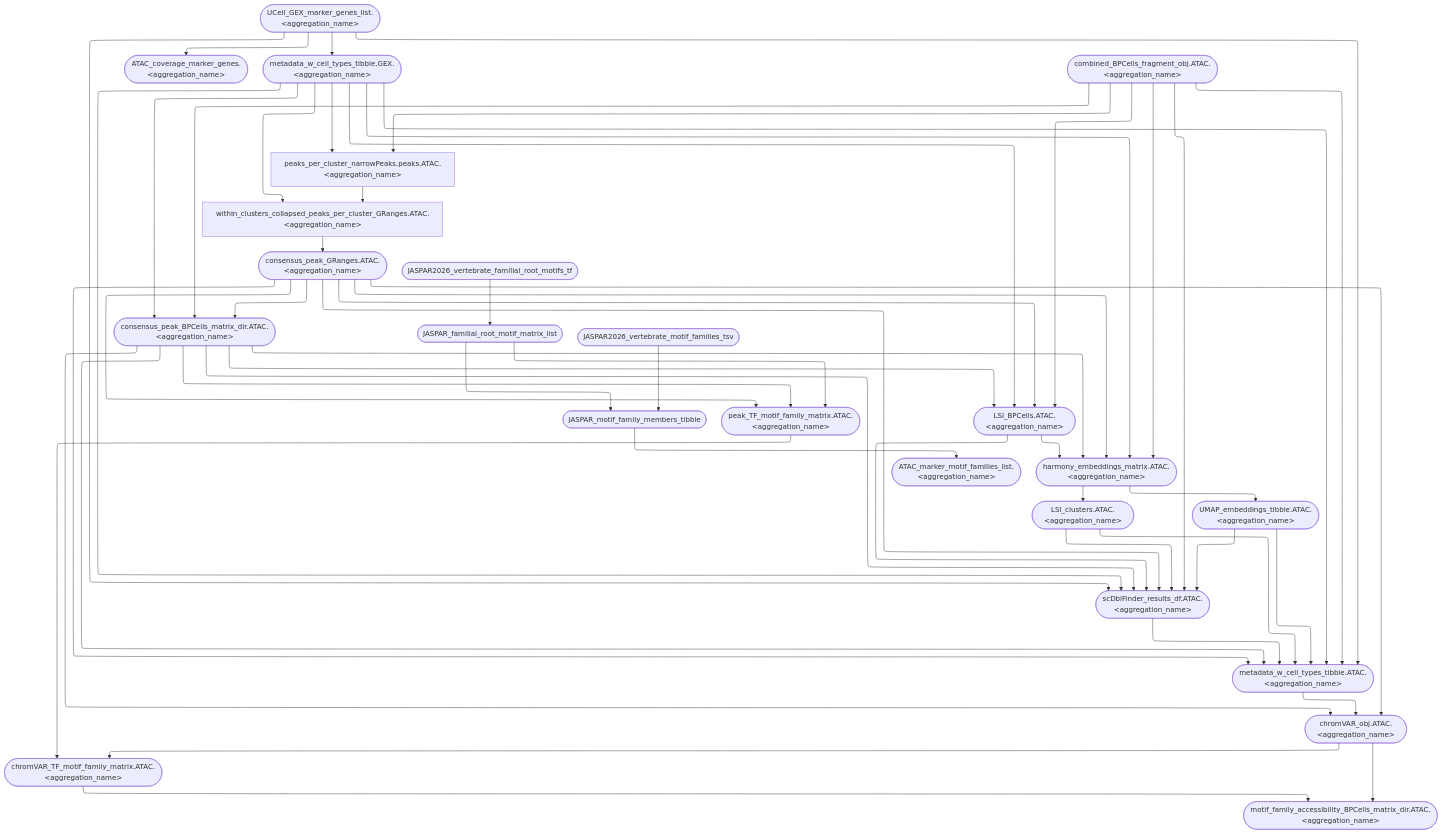
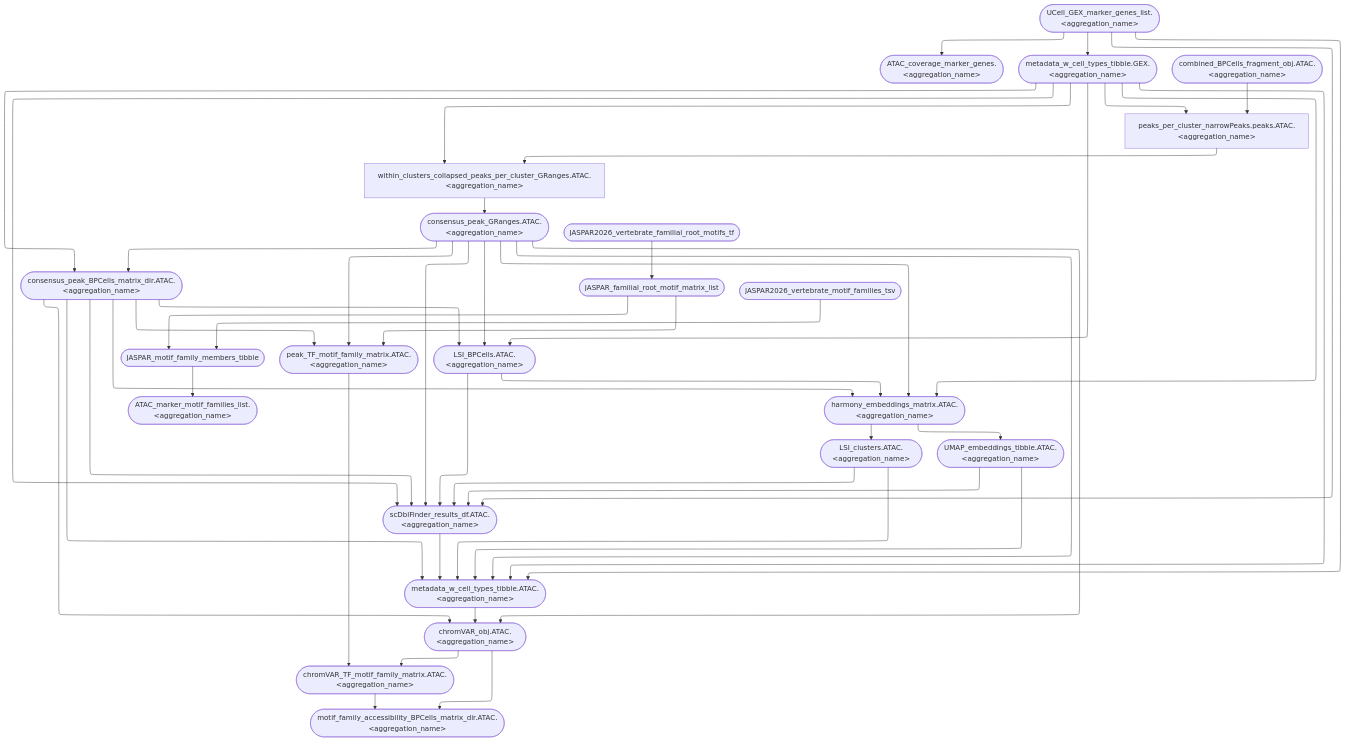
Before and after one commit to koefoeden/multiomeR: the diagram in website/figures/human_curated/ATAC_v2.mmd, drawn with Mermaid. The commit also changed 116 other files, not shown here.

First line of the commit message:
Refresh the manual's demo outputs, gallery and graphs after the methods fixes

```diff
--- a/website/figures/human_curated/ATAC_v2.mmd
+++ b/website/figures/human_curated/ATAC_v2.mmd
@@ -4,11 +4,9 @@
   JASPAR_motif_family_members_tibble(["JASPAR_motif_family_members_tibble"]):::none --> ATAC_marker_motif_families_list.ENCODE_heart_LV_6x(["ATAC_marker_motif_families_list.&lt;aggregation_name&gt;"]):::none
   consensus_peak_GRanges.ATAC.ENCODE_heart_LV_6x(["consensus_peak_GRanges.ATAC.&lt;aggregation_name&gt;"]):::none --> chromVAR_obj.ATAC.ENCODE_heart_LV_6x(["chromVAR_obj.ATAC.&lt;aggregation_name&gt;"]):::none
   metadata_w_cell_types_tibble.ATAC.ENCODE_heart_LV_6x(["metadata_w_cell_types_tibble.ATAC.&lt;aggregation_name&gt;"]):::none --> chromVAR_obj.ATAC.ENCODE_heart_LV_6x(["chromVAR_obj.ATAC.&lt;aggregation_name&gt;"]):::none
+  chromVAR_obj.ATAC.ENCODE_heart_LV_6x(["chromVAR_obj.ATAC.&lt;aggregation_name&gt;"]):::none --> chromVAR_TF_motif_family_matrix.ATAC.ENCODE_heart_LV_6x(["chromVAR_TF_motif_family_matrix.ATAC.&lt;aggregation_name&gt;"]):::none
   peak_TF_motif_family_matrix.ATAC.ENCODE_heart_LV_6x(["peak_TF_motif_family_matrix.ATAC.&lt;aggregation_name&gt;"]):::none --> chromVAR_TF_motif_family_matrix.ATAC.ENCODE_heart_LV_6x(["chromVAR_TF_motif_family_matrix.ATAC.&lt;aggregation_name&gt;"]):::none
-  chromVAR_obj.ATAC.ENCODE_heart_LV_6x(["chromVAR_obj.ATAC.&lt;aggregation_name&gt;"]):::none --> chromVAR_TF_motif_family_matrix.ATAC.ENCODE_heart_LV_6x(["chromVAR_TF_motif_family_matrix.ATAC.&lt;aggregation_name&gt;"]):::none
   metadata_w_cell_types_tibble.GEX.ENCODE_heart_LV_6x(["metadata_w_cell_types_tibble.GEX.&lt;aggregation_name&gt;"]):::none --> consensus_peak_BPCells_matrix_dir.ATAC.ENCODE_heart_LV_6x(["consensus_peak_BPCells_matrix_dir.ATAC.&lt;aggregation_name&gt;"]):::none
-  consensus_peak_GRanges.ATAC.ENCODE_heart_LV_6x(["consensus_peak_GRanges.ATAC.&lt;aggregation_name&gt;"]):::none --> consensus_peak_BPCells_matrix_dir.ATAC.ENCODE_heart_LV_6x(["consensus_peak_BPCells_matrix_dir.ATAC.&lt;aggregation_name&gt;"]):::none
-  combined_BPCells_fragment_obj.ATAC.ENCODE_heart_LV_6x(["combined_BPCells_fragment_obj.ATAC.&lt;aggregation_name&gt;"]):::none --> consensus_peak_BPCells_matrix_dir.ATAC.ENCODE_heart_LV_6x(["consensus_peak_BPCells_matrix_dir.ATAC.&lt;aggregation_name&gt;"]):::none
   within_clusters_collapsed_peaks_per_cluster_GRanges.ATAC.ENCODE_heart_LV_6x["within_clusters_collapsed_peaks_per_cluster_GRanges.ATAC.&lt;aggregation_name&gt;"]:::none --> consensus_peak_GRanges.ATAC.ENCODE_heart_LV_6x(["consensus_peak_GRanges.ATAC.&lt;aggregation_name&gt;"]):::none
   LSI_BPCells.ATAC.ENCODE_heart_LV_6x(["LSI_BPCells.ATAC.&lt;aggregation_name&gt;"]):::none --> harmony_embeddings_matrix.ATAC.ENCODE_heart_LV_6x(["harmony_embeddings_matrix.ATAC.&lt;aggregation_name&gt;"]):::none
   JASPAR2026_vertebrate_familial_root_motifs_tf(["JASPAR2026_vertebrate_familial_root_motifs_tf"]):::none --> JASPAR_familial_root_motif_matrix_list(["JASPAR_familial_root_motif_matrix_list"]):::none
@@ -16,38 +14,35 @@
   JASPAR_familial_root_motif_matrix_list(["JASPAR_familial_root_motif_matrix_list"]):::none --> JASPAR_motif_family_members_tibble(["JASPAR_motif_family_members_tibble"]):::none
   harmony_embeddings_matrix.ATAC.ENCODE_heart_LV_6x(["harmony_embeddings_matrix.ATAC.&lt;aggregation_name&gt;"]):::none --> LSI_clusters.ATAC.ENCODE_heart_LV_6x(["LSI_clusters.ATAC.&lt;aggregation_name&gt;"]):::none
   scDblFinder_results_df.ATAC.ENCODE_heart_LV_6x(["scDblFinder_results_df.ATAC.&lt;aggregation_name&gt;"]):::none --> metadata_w_cell_types_tibble.ATAC.ENCODE_heart_LV_6x(["metadata_w_cell_types_tibble.ATAC.&lt;aggregation_name&gt;"]):::none
+  JASPAR_familial_root_motif_matrix_list(["JASPAR_familial_root_motif_matrix_list"]):::none --> peak_TF_motif_family_matrix.ATAC.ENCODE_heart_LV_6x(["peak_TF_motif_family_matrix.ATAC.&lt;aggregation_name&gt;"]):::none
   consensus_peak_GRanges.ATAC.ENCODE_heart_LV_6x(["consensus_peak_GRanges.ATAC.&lt;aggregation_name&gt;"]):::none --> peak_TF_motif_family_matrix.ATAC.ENCODE_heart_LV_6x(["peak_TF_motif_family_matrix.ATAC.&lt;aggregation_name&gt;"]):::none
-  JASPAR_familial_root_motif_matrix_list(["JASPAR_familial_root_motif_matrix_list"]):::none --> peak_TF_motif_family_matrix.ATAC.ENCODE_heart_LV_6x(["peak_TF_motif_family_matrix.ATAC.&lt;aggregation_name&gt;"]):::none
-  combined_BPCells_fragment_obj.ATAC.ENCODE_heart_LV_6x(["combined_BPCells_fragment_obj.ATAC.&lt;aggregation_name&gt;"]):::none --> peaks_per_cluster_narrowPeaks.peaks.ATAC.ENCODE_heart_LV_6x["peaks_per_cluster_narrowPeaks.peaks.ATAC.&lt;aggregation_name&gt;"]:::none
   harmony_embeddings_matrix.ATAC.ENCODE_heart_LV_6x(["harmony_embeddings_matrix.ATAC.&lt;aggregation_name&gt;"]):::none --> UMAP_embeddings_tibble.ATAC.ENCODE_heart_LV_6x(["UMAP_embeddings_tibble.ATAC.&lt;aggregation_name&gt;"]):::none
+  peaks_per_cluster_narrowPeaks.peaks.ATAC.ENCODE_heart_LV_6x["peaks_per_cluster_narrowPeaks.peaks.ATAC.&lt;aggregation_name&gt;"]:::none --> within_clusters_collapsed_peaks_per_cluster_GRanges.ATAC.ENCODE_heart_LV_6x["within_clusters_collapsed_peaks_per_cluster_GRanges.ATAC.&lt;aggregation_name&gt;"]:::none
   metadata_w_cell_types_tibble.GEX.ENCODE_heart_LV_6x(["metadata_w_cell_types_tibble.GEX.&lt;aggregation_name&gt;"]):::none --> peaks_per_cluster_narrowPeaks.peaks.ATAC.ENCODE_heart_LV_6x["peaks_per_cluster_narrowPeaks.peaks.ATAC.&lt;aggregation_name&gt;"]:::none
+  metadata_w_cell_types_tibble.GEX.ENCODE_heart_LV_6x(["metadata_w_cell_types_tibble.GEX.&lt;aggregation_name&gt;"]):::none --> within_clusters_collapsed_peaks_per_cluster_GRanges.ATAC.ENCODE_heart_LV_6x["within_clusters_collapsed_peaks_per_cluster_GRanges.ATAC.&lt;aggregation_name&gt;"]:::none
+  metadata_w_cell_types_tibble.GEX.ENCODE_heart_LV_6x(["metadata_w_cell_types_tibble.GEX.&lt;aggregation_name&gt;"]):::none --> harmony_embeddings_matrix.ATAC.ENCODE_heart_LV_6x(["harmony_embeddings_matrix.ATAC.&lt;aggregation_name&gt;"]):::none
+  metadata_w_cell_types_tibble.GEX.ENCODE_heart_LV_6x(["metadata_w_cell_types_tibble.GEX.&lt;aggregation_name&gt;"]):::none --> LSI_BPCells.ATAC.ENCODE_heart_LV_6x(["LSI_BPCells.ATAC.&lt;aggregation_name&gt;"]):::none
+  metadata_w_cell_types_tibble.GEX.ENCODE_heart_LV_6x(["metadata_w_cell_types_tibble.GEX.&lt;aggregation_name&gt;"]):::none --> metadata_w_cell_types_tibble.ATAC.ENCODE_heart_LV_6x(["metadata_w_cell_types_tibble.ATAC.&lt;aggregation_name&gt;"]):::none
+  metadata_w_cell_types_tibble.GEX.ENCODE_heart_LV_6x(["metadata_w_cell_types_tibble.GEX.&lt;aggregation_name&gt;"]):::none --> scDblFinder_results_df.ATAC.ENCODE_heart_LV_6x(["scDblFinder_results_df.ATAC.&lt;aggregation_name&gt;"]):::none
   chromVAR_obj.ATAC.ENCODE_heart_LV_6x(["chromVAR_obj.ATAC.&lt;aggregation_name&gt;"]):::none --> motif_family_accessibility_BPCells_matrix_dir.ATAC.ENCODE_heart_LV_6x(["motif_family_accessibility_BPCells_matrix_dir.ATAC.&lt;aggregation_name&gt;"]):::none
   UCell_GEX_marker_genes_list.ENCODE_heart_LV_6x(["UCell_GEX_marker_genes_list.&lt;aggregation_name&gt;"]):::none --> metadata_w_cell_types_tibble.GEX.ENCODE_heart_LV_6x(["metadata_w_cell_types_tibble.GEX.&lt;aggregation_name&gt;"]):::none
+  LSI_clusters.ATAC.ENCODE_heart_LV_6x(["LSI_clusters.ATAC.&lt;aggregation_name&gt;"]):::none --> metadata_w_cell_types_tibble.ATAC.ENCODE_heart_LV_6x(["metadata_w_cell_types_tibble.ATAC.&lt;aggregation_name&gt;"]):::none
   UMAP_embeddings_tibble.ATAC.ENCODE_heart_LV_6x(["UMAP_embeddings_tibble.ATAC.&lt;aggregation_name&gt;"]):::none --> metadata_w_cell_types_tibble.ATAC.ENCODE_heart_LV_6x(["metadata_w_cell_types_tibble.ATAC.&lt;aggregation_name&gt;"]):::none
-  LSI_clusters.ATAC.ENCODE_heart_LV_6x(["LSI_clusters.ATAC.&lt;aggregation_name&gt;"]):::none --> metadata_w_cell_types_tibble.ATAC.ENCODE_heart_LV_6x(["metadata_w_cell_types_tibble.ATAC.&lt;aggregation_name&gt;"]):::none
   UCell_GEX_marker_genes_list.ENCODE_heart_LV_6x(["UCell_GEX_marker_genes_list.&lt;aggregation_name&gt;"]):::none --> metadata_w_cell_types_tibble.ATAC.ENCODE_heart_LV_6x(["metadata_w_cell_types_tibble.ATAC.&lt;aggregation_name&gt;"]):::none
-  metadata_w_cell_types_tibble.GEX.ENCODE_heart_LV_6x(["metadata_w_cell_types_tibble.GEX.&lt;aggregation_name&gt;"]):::none --> metadata_w_cell_types_tibble.ATAC.ENCODE_heart_LV_6x(["metadata_w_cell_types_tibble.ATAC.&lt;aggregation_name&gt;"]):::none
-  combined_BPCells_fragment_obj.ATAC.ENCODE_heart_LV_6x(["combined_BPCells_fragment_obj.ATAC.&lt;aggregation_name&gt;"]):::none --> metadata_w_cell_types_tibble.ATAC.ENCODE_heart_LV_6x(["metadata_w_cell_types_tibble.ATAC.&lt;aggregation_name&gt;"]):::none
   consensus_peak_GRanges.ATAC.ENCODE_heart_LV_6x(["consensus_peak_GRanges.ATAC.&lt;aggregation_name&gt;"]):::none --> metadata_w_cell_types_tibble.ATAC.ENCODE_heart_LV_6x(["metadata_w_cell_types_tibble.ATAC.&lt;aggregation_name&gt;"]):::none
   consensus_peak_BPCells_matrix_dir.ATAC.ENCODE_heart_LV_6x(["consensus_peak_BPCells_matrix_dir.ATAC.&lt;aggregation_name&gt;"]):::none --> metadata_w_cell_types_tibble.ATAC.ENCODE_heart_LV_6x(["metadata_w_cell_types_tibble.ATAC.&lt;aggregation_name&gt;"]):::none
+  LSI_clusters.ATAC.ENCODE_heart_LV_6x(["LSI_clusters.ATAC.&lt;aggregation_name&gt;"]):::none --> scDblFinder_results_df.ATAC.ENCODE_heart_LV_6x(["scDblFinder_results_df.ATAC.&lt;aggregation_name&gt;"]):::none
   UMAP_embeddings_tibble.ATAC.ENCODE_heart_LV_6x(["UMAP_embeddings_tibble.ATAC.&lt;aggregation_name&gt;"]):::none --> scDblFinder_results_df.ATAC.ENCODE_heart_LV_6x(["scDblFinder_results_df.ATAC.&lt;aggregation_name&gt;"]):::none
-  LSI_clusters.ATAC.ENCODE_heart_LV_6x(["LSI_clusters.ATAC.&lt;aggregation_name&gt;"]):::none --> scDblFinder_results_df.ATAC.ENCODE_heart_LV_6x(["scDblFinder_results_df.ATAC.&lt;aggregation_name&gt;"]):::none
   UCell_GEX_marker_genes_list.ENCODE_heart_LV_6x(["UCell_GEX_marker_genes_list.&lt;aggregation_name&gt;"]):::none --> scDblFinder_results_df.ATAC.ENCODE_heart_LV_6x(["scDblFinder_results_df.ATAC.&lt;aggregation_name&gt;"]):::none
-  metadata_w_cell_types_tibble.GEX.ENCODE_heart_LV_6x(["metadata_w_cell_types_tibble.GEX.&lt;aggregation_name&gt;"]):::none --> scDblFinder_results_df.ATAC.ENCODE_heart_LV_6x(["scDblFinder_results_df.ATAC.&lt;aggregation_name&gt;"]):::none
-  combined_BPCells_fragment_obj.ATAC.ENCODE_heart_LV_6x(["combined_BPCells_fragment_obj.ATAC.&lt;aggregation_name&gt;"]):::none --> scDblFinder_results_df.ATAC.ENCODE_heart_LV_6x(["scDblFinder_results_df.ATAC.&lt;aggregation_name&gt;"]):::none
   consensus_peak_GRanges.ATAC.ENCODE_heart_LV_6x(["consensus_peak_GRanges.ATAC.&lt;aggregation_name&gt;"]):::none --> scDblFinder_results_df.ATAC.ENCODE_heart_LV_6x(["scDblFinder_results_df.ATAC.&lt;aggregation_name&gt;"]):::none
   consensus_peak_BPCells_matrix_dir.ATAC.ENCODE_heart_LV_6x(["consensus_peak_BPCells_matrix_dir.ATAC.&lt;aggregation_name&gt;"]):::none --> scDblFinder_results_df.ATAC.ENCODE_heart_LV_6x(["scDblFinder_results_df.ATAC.&lt;aggregation_name&gt;"]):::none
+  consensus_peak_GRanges.ATAC.ENCODE_heart_LV_6x(["consensus_peak_GRanges.ATAC.&lt;aggregation_name&gt;"]):::none --> consensus_peak_BPCells_matrix_dir.ATAC.ENCODE_heart_LV_6x(["consensus_peak_BPCells_matrix_dir.ATAC.&lt;aggregation_name&gt;"]):::none
   consensus_peak_BPCells_matrix_dir.ATAC.ENCODE_heart_LV_6x(["consensus_peak_BPCells_matrix_dir.ATAC.&lt;aggregation_name&gt;"]):::none --> chromVAR_obj.ATAC.ENCODE_heart_LV_6x(["chromVAR_obj.ATAC.&lt;aggregation_name&gt;"]):::none
   consensus_peak_BPCells_matrix_dir.ATAC.ENCODE_heart_LV_6x(["consensus_peak_BPCells_matrix_dir.ATAC.&lt;aggregation_name&gt;"]):::none --> peak_TF_motif_family_matrix.ATAC.ENCODE_heart_LV_6x(["peak_TF_motif_family_matrix.ATAC.&lt;aggregation_name&gt;"]):::none
   consensus_peak_BPCells_matrix_dir.ATAC.ENCODE_heart_LV_6x(["consensus_peak_BPCells_matrix_dir.ATAC.&lt;aggregation_name&gt;"]):::none --> LSI_BPCells.ATAC.ENCODE_heart_LV_6x(["LSI_BPCells.ATAC.&lt;aggregation_name&gt;"]):::none
   consensus_peak_BPCells_matrix_dir.ATAC.ENCODE_heart_LV_6x(["consensus_peak_BPCells_matrix_dir.ATAC.&lt;aggregation_name&gt;"]):::none --> harmony_embeddings_matrix.ATAC.ENCODE_heart_LV_6x(["harmony_embeddings_matrix.ATAC.&lt;aggregation_name&gt;"]):::none
-  LSI_BPCells.ATAC.ENCODE_heart_LV_6x(["LSI_BPCells.ATAC.&lt;aggregation_name&gt;"]):::none --> scDblFinder_results_df.ATAC.ENCODE_heart_LV_6x(["scDblFinder_results_df.ATAC.&lt;aggregation_name&gt;"]):::none
-  metadata_w_cell_types_tibble.GEX.ENCODE_heart_LV_6x(["metadata_w_cell_types_tibble.GEX.&lt;aggregation_name&gt;"]):::none --> harmony_embeddings_matrix.ATAC.ENCODE_heart_LV_6x(["harmony_embeddings_matrix.ATAC.&lt;aggregation_name&gt;"]):::none
-  combined_BPCells_fragment_obj.ATAC.ENCODE_heart_LV_6x(["combined_BPCells_fragment_obj.ATAC.&lt;aggregation_name&gt;"]):::none --> harmony_embeddings_matrix.ATAC.ENCODE_heart_LV_6x(["harmony_embeddings_matrix.ATAC.&lt;aggregation_name&gt;"]):::none
+  combined_BPCells_fragment_obj.ATAC.ENCODE_heart_LV_6x(["combined_BPCells_fragment_obj.ATAC.&lt;aggregation_name&gt;"]):::none --> peaks_per_cluster_narrowPeaks.peaks.ATAC.ENCODE_heart_LV_6x["peaks_per_cluster_narrowPeaks.peaks.ATAC.&lt;aggregation_name&gt;"]:::none
   consensus_peak_GRanges.ATAC.ENCODE_heart_LV_6x(["consensus_peak_GRanges.ATAC.&lt;aggregation_name&gt;"]):::none --> harmony_embeddings_matrix.ATAC.ENCODE_heart_LV_6x(["harmony_embeddings_matrix.ATAC.&lt;aggregation_name&gt;"]):::none
-  metadata_w_cell_types_tibble.GEX.ENCODE_heart_LV_6x(["metadata_w_cell_types_tibble.GEX.&lt;aggregation_name&gt;"]):::none --> LSI_BPCells.ATAC.ENCODE_heart_LV_6x(["LSI_BPCells.ATAC.&lt;aggregation_name&gt;"]):::none
-  combined_BPCells_fragment_obj.ATAC.ENCODE_heart_LV_6x(["combined_BPCells_fragment_obj.ATAC.&lt;aggregation_name&gt;"]):::none --> LSI_BPCells.ATAC.ENCODE_heart_LV_6x(["LSI_BPCells.ATAC.&lt;aggregation_name&gt;"]):::none
   consensus_peak_GRanges.ATAC.ENCODE_heart_LV_6x(["consensus_peak_GRanges.ATAC.&lt;aggregation_name&gt;"]):::none --> LSI_BPCells.ATAC.ENCODE_heart_LV_6x(["LSI_BPCells.ATAC.&lt;aggregation_name&gt;"]):::none
   chromVAR_TF_motif_family_matrix.ATAC.ENCODE_heart_LV_6x(["chromVAR_TF_motif_family_matrix.ATAC.&lt;aggregation_name&gt;"]):::none --> motif_family_accessibility_BPCells_matrix_dir.ATAC.ENCODE_heart_LV_6x(["motif_family_accessibility_BPCells_matrix_dir.ATAC.&lt;aggregation_name&gt;"]):::none
-  metadata_w_cell_types_tibble.GEX.ENCODE_heart_LV_6x(["metadata_w_cell_types_tibble.GEX.&lt;aggregation_name&gt;"]):::none --> within_clusters_collapsed_peaks_per_cluster_GRanges.ATAC.ENCODE_heart_LV_6x["within_clusters_collapsed_peaks_per_cluster_GRanges.ATAC.&lt;aggregation_name&gt;"]:::none
-  peaks_per_cluster_narrowPeaks.peaks.ATAC.ENCODE_heart_LV_6x["peaks_per_cluster_narrowPeaks.peaks.ATAC.&lt;aggregation_name&gt;"]:::none --> within_clusters_collapsed_peaks_per_cluster_GRanges.ATAC.ENCODE_heart_LV_6x["within_clusters_collapsed_peaks_per_cluster_GRanges.ATAC.&lt;aggregation_name&gt;"]:::none
+  LSI_BPCells.ATAC.ENCODE_heart_LV_6x(["LSI_BPCells.ATAC.&lt;aggregation_name&gt;"]):::none --> scDblFinder_results_df.ATAC.ENCODE_heart_LV_6x(["scDblFinder_results_df.ATAC.&lt;aggregation_name&gt;"]):::none
```
